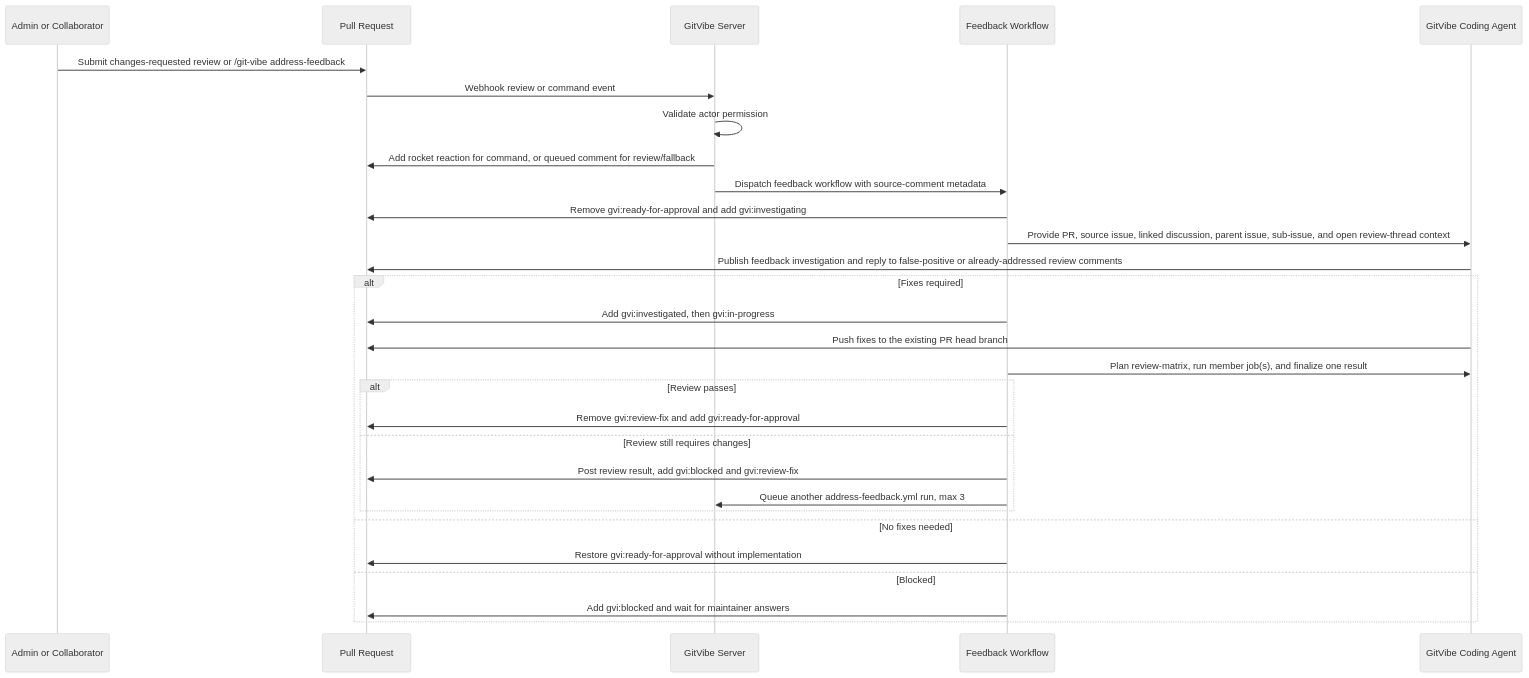
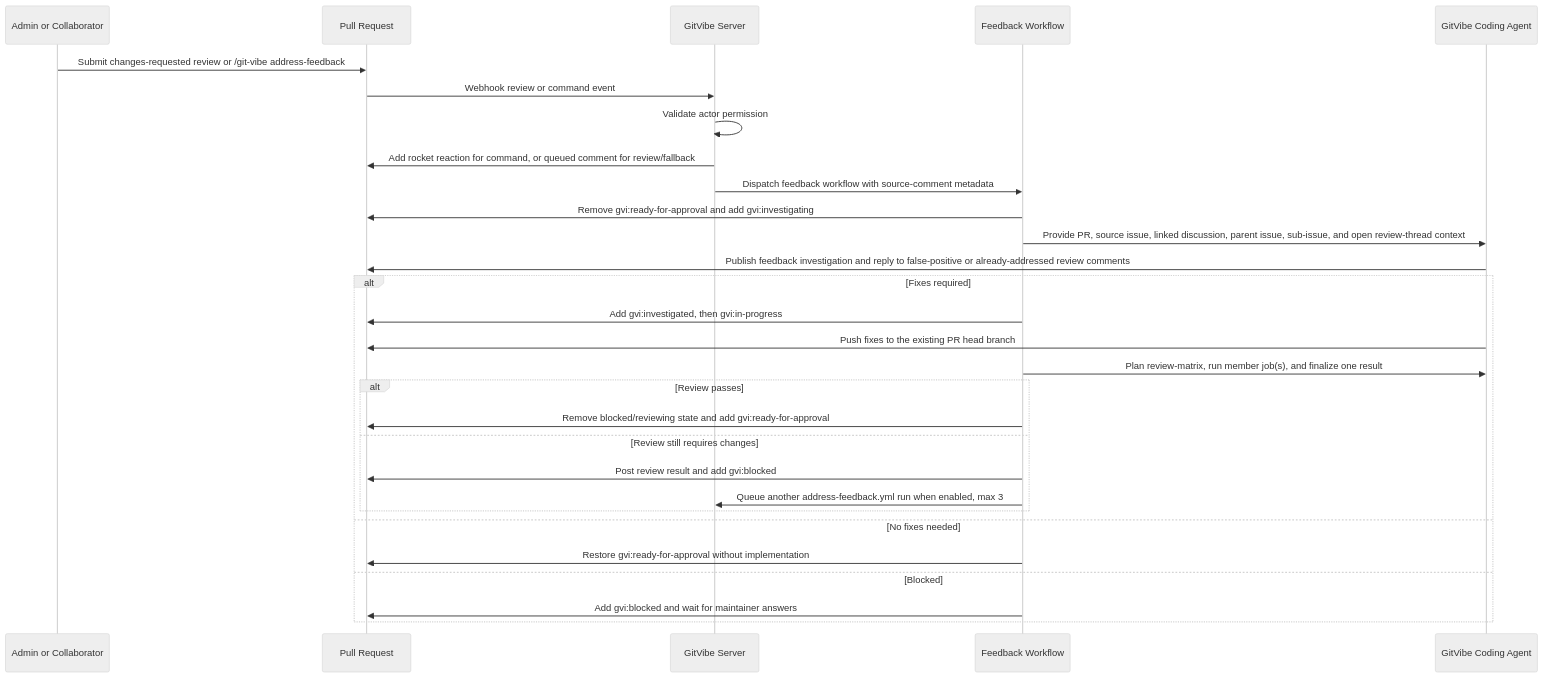
The seventh of 7 diagrams in docs/WORKFLOW.md (markhuangai/git-vibe), drawn with Mermaid (neutral theme) before and after one commit. The commit also changed other lines of this file and 40 other files, not shown here.

````diff
--- a/docs/WORKFLOW.md
+++ b/docs/WORKFLOW.md
@@ -371,32 +425,32 @@
 ```mermaid
 sequenceDiagram
   participant M as Admin or Collaborator
   participant PR as Pull Request
   participant App as GitVibe Server
   participant WF as Feedback Workflow
   participant Agent as GitVibe Coding Agent
 
   M->>PR: Submit changes-requested review or /git-vibe address-feedback
   PR->>App: Webhook review or command event
   App->>App: Validate actor permission
   App->>PR: Add rocket reaction for command, or queued comment for review/fallback
   App->>WF: Dispatch feedback workflow with source-comment metadata
   WF->>PR: Remove gvi:ready-for-approval and add gvi:investigating
   WF->>Agent: Provide PR, source issue, linked discussion, parent issue, sub-issue, and open review-thread context
   Agent->>PR: Publish feedback investigation and reply to false-positive or already-addressed review comments
   alt Fixes required
     WF->>PR: Add gvi:investigated, then gvi:in-progress
     Agent->>PR: Push fixes to the existing PR head branch
     WF->>Agent: Plan review-matrix, run member job(s), and finalize one result
     alt Review passes
-      WF->>PR: Remove gvi:review-fix and add gvi:ready-for-approval
+      WF->>PR: Remove blocked/reviewing state and add gvi:ready-for-approval
     else Review still requires changes
-      WF->>PR: Post review result, add gvi:blocked and gvi:review-fix
-      WF->>App: Queue another address-feedback.yml run, max 3
+      WF->>PR: Post review result and add gvi:blocked
+      WF->>App: Queue another address-feedback.yml run when enabled, max 3
     end
   else No fixes needed
     WF->>PR: Restore gvi:ready-for-approval without implementation
   else Blocked
     WF->>PR: Add gvi:blocked and wait for maintainer answers
   end
 ```
````
